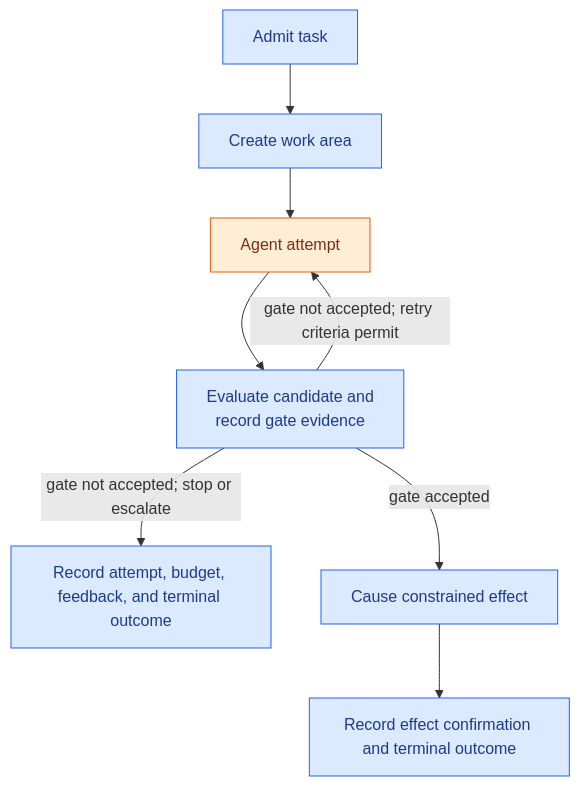
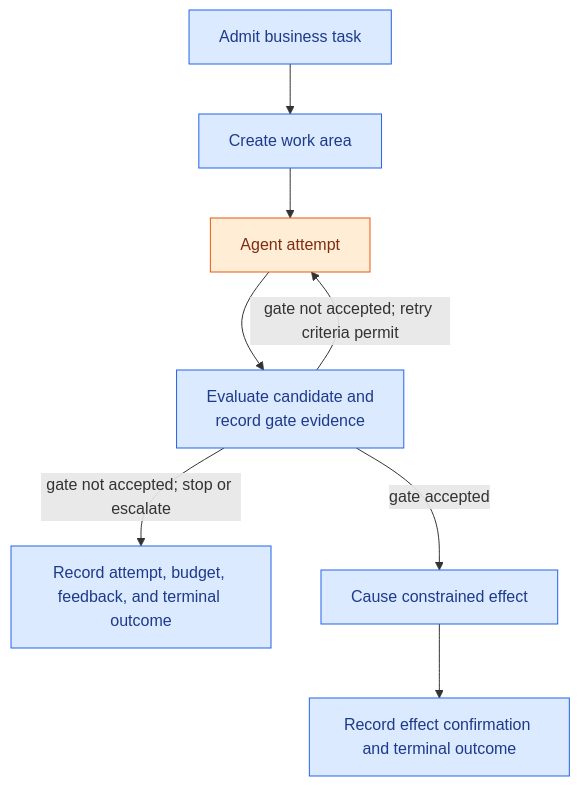
The third of 3 diagrams in workstreams/reference-architectures/architectures/bounded-autonomous-remediation.md (aaif/wg-workflows-and-process-integration), drawn with Mermaid before and after one commit. The commit also changed other lines of this file and 2 other files, not shown here.

First line of the commit message:
[RA] Clarify business task terminology in bounded remediation (#49)

````diff
--- a/workstreams/reference-architectures/architectures/bounded-autonomous-remediation.md
+++ b/workstreams/reference-architectures/architectures/bounded-autonomous-remediation.md
@@ -208,15 +212,15 @@
 ```mermaid
 flowchart TD
-    A["Admit task"] --> W["Create work area"]
+    A["Admit business task"] --> W["Create work area"]
     W --> T["Agent attempt"]
     T --> G["Evaluate candidate and<br/>record gate evidence"]
     G -->|"gate not accepted; retry criteria permit"| T
     G -->|"gate not accepted; stop or escalate"| S["Record attempt, budget, feedback, and terminal outcome"]
     G -->|"gate accepted"| E["Cause constrained effect"]
     E --> R["Record effect confirmation and terminal outcome"]
 
     class A,W,G,S,E,R workflow
     class T agent
     classDef workflow fill:#dbeafe,stroke:#2563eb,color:#1e3a8a
     classDef agent fill:#ffedd5,stroke:#ea580c,color:#7c2d12
 ```
````
